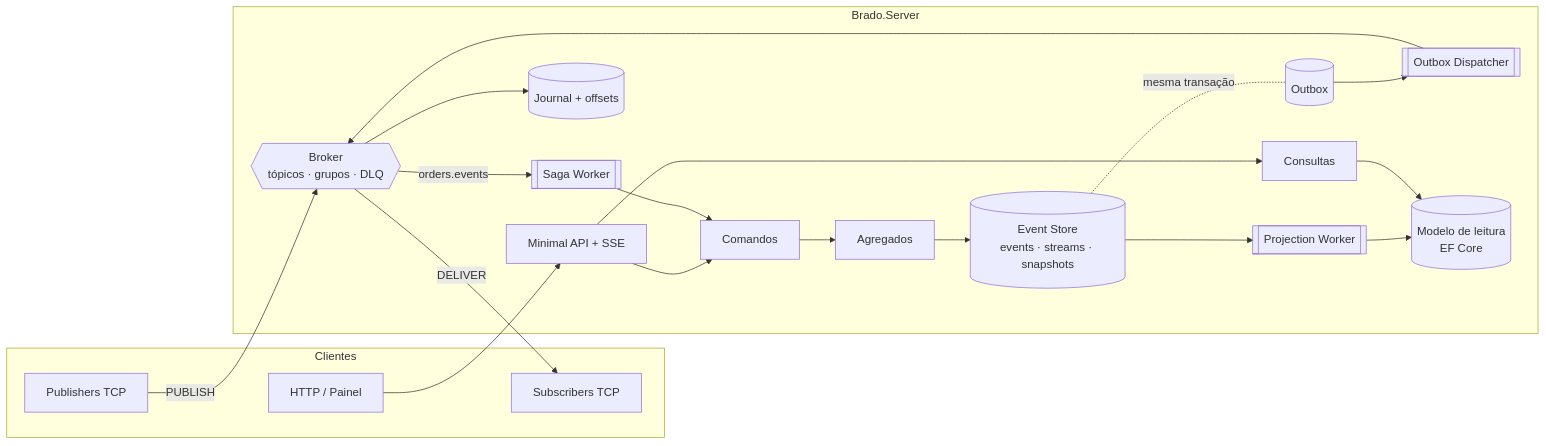
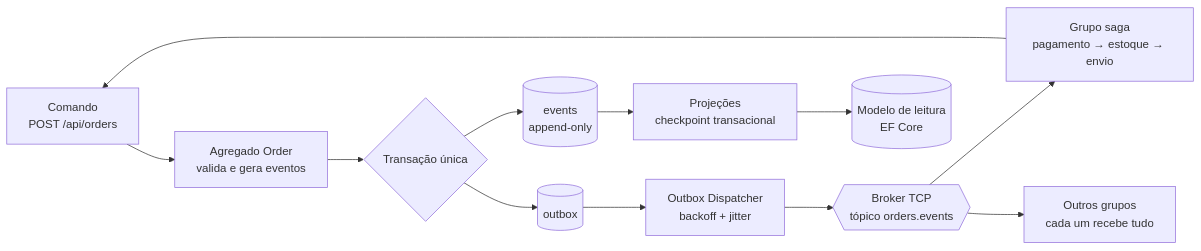
One commit to Violet-pixel/Distributed-Event-Messaging-Engine changed the first of 3 diagrams in README.md. Above: the diagram before and after it, drawn with Mermaid. The commit also changed other lines of this file, not shown here.

````diff
--- a/README.md
+++ b/README.md
@@ -80,34 +69,14 @@
 ```mermaid
 flowchart LR
-    subgraph Clientes
-        P[Publishers TCP]
-        S[Subscribers TCP]
-        H[HTTP / Painel]
-    end
-
-    subgraph Brado.Server
-        API[Minimal API + SSE]
-        CMD[Comandos]
-        AGG[Agregados]
-        ES[(Event Store<br/>events · streams · snapshots)]
-        OB[(Outbox)]
-        OD[[Outbox Dispatcher]]
-        BR{{Broker<br/>tópicos · grupos · DLQ}}
-        J[(Journal + offsets)]
-        PW[[Projection Worker]]
-        RM[(Modelo de leitura<br/>EF Core)]
-        SG[[Saga Worker]]
-        QRY[Consultas]
-    end
-
-    P -- PUBLISH --> BR
-    BR -- DELIVER --> S
-    H --> API
-    API --> CMD --> AGG --> ES
-    ES -. mesma transação .- OB
-    OB --> OD --> BR
-    BR --> J
-    BR -- orders.events --> SG --> CMD
-    ES --> PW --> RM
-    API --> QRY --> RM
+    C[Comando<br/>POST /api/orders] --> A[Agregado Order<br/>valida e gera eventos]
+    A --> T{Transação única}
+    T --> E[(events<br/>append-only)]
+    T --> O[(outbox)]
+    O --> D[Outbox Dispatcher<br/>backoff + jitter]
+    D --> B{{Broker TCP<br/>tópico orders.events}}
+    B --> G1[Grupo saga<br/>pagamento → estoque → envio]
+    B --> G2[Outros grupos<br/>cada um recebe tudo]
+    E --> P[Projeções<br/>checkpoint transacional]
+    P --> R[(Modelo de leitura<br/>EF Core)]
+    G1 --> C
 ```
````
